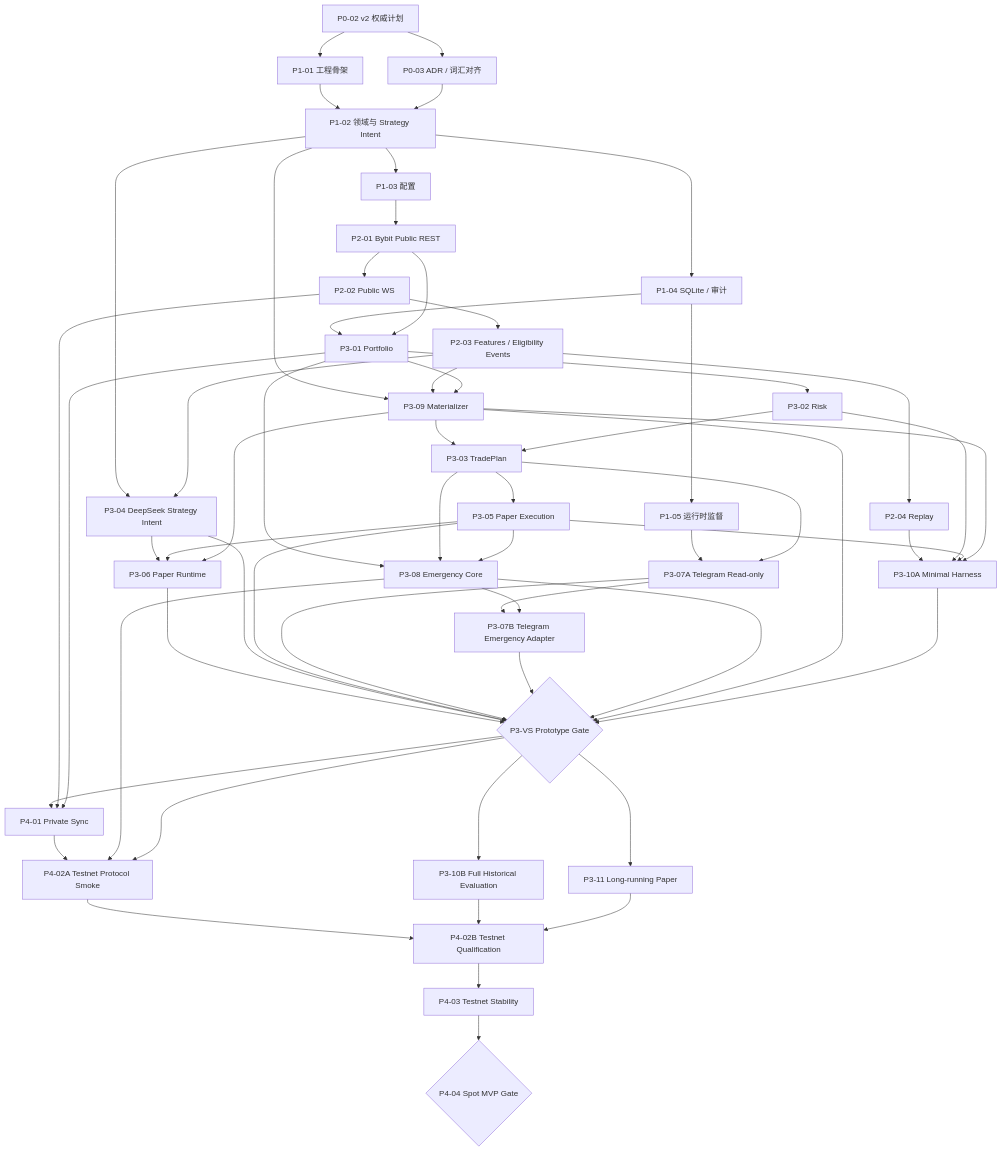
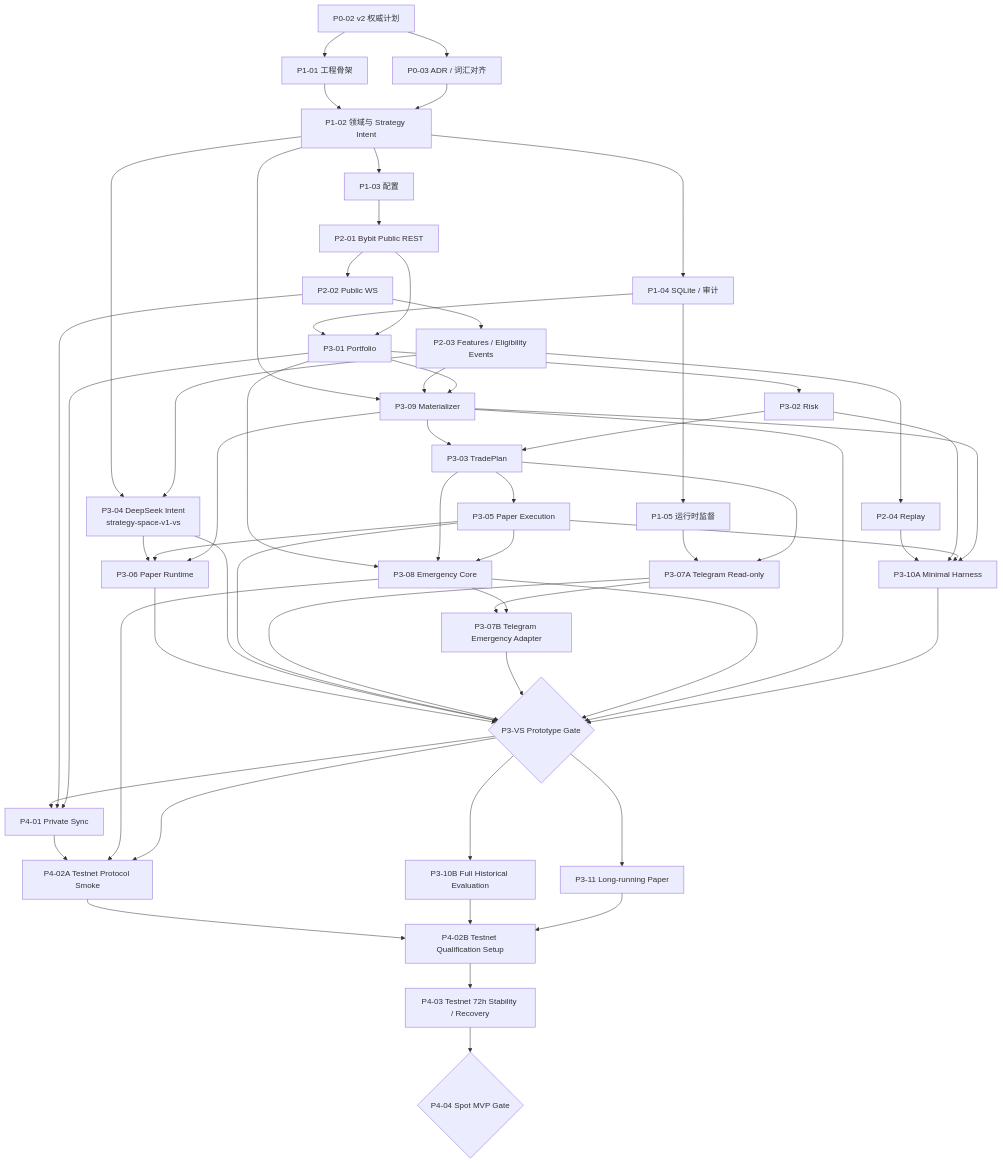
The first of 2 diagrams in docs/DEVELOPMENT_PLAN.md (misakimei123/iron-pilot), drawn with Mermaid before and after one commit. The commit also changed other lines of this file and 4 other files, not shown here.

```diff
--- a/docs/DEVELOPMENT_PLAN.md
+++ b/docs/DEVELOPMENT_PLAN.md
@@ -678,7 +706,7 @@
     P302["P3-02 Risk"]
     P309["P3-09 Materializer"]
     P303["P3-03 TradePlan"]
-    P304["P3-04 DeepSeek Strategy Intent"]
+    P304["P3-04 DeepSeek Intent<br/>strategy-space-v1-vs"]
     P305["P3-05 Paper Execution"]
     P310A["P3-10A Minimal Harness"]
     P306["P3-06 Paper Runtime"]
@@ -690,8 +718,8 @@
     P311["P3-11 Long-running Paper"]
     P401["P4-01 Private Sync"]
     P402A["P4-02A Testnet Protocol Smoke"]
-    P402B["P4-02B Testnet Qualification"]
-    P403["P4-03 Testnet Stability"]
+    P402B["P4-02B Testnet Qualification Setup"]
+    P403["P4-03 Testnet 72h Stability / Recovery"]
     P404{"P4-04 Spot MVP Gate"}
 
     P002 --> P101
```
